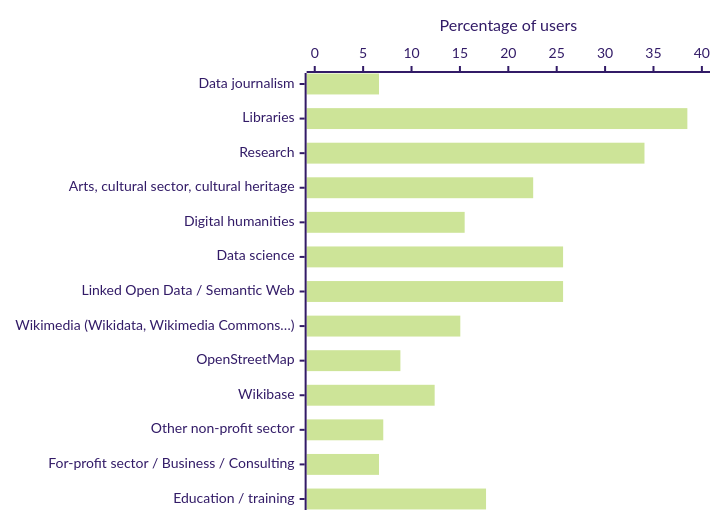
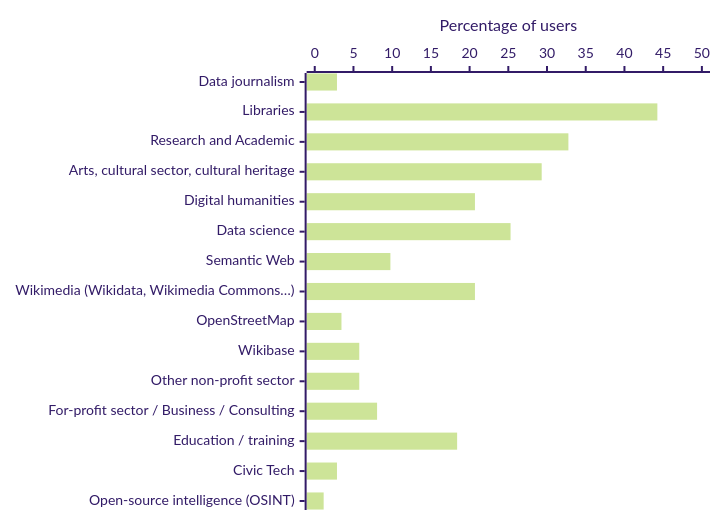
One commit to OpenRefine/openrefine.org changed the first of 3 diagrams in src/pages/usage.md. Above: the diagram before and after it, drawn with Mermaid. The commit also changed other lines of this file, not shown here.

````diff
--- a/src/pages/usage.md
+++ b/src/pages/usage.md
@@ -25,9 +25,9 @@
 ```mermaid
 %%{init: {'theme':'forest'}}%%
 xychart-beta horizontal
     x-axis  
-    ["Data journalism", "Libraries", "Research", "Arts, cultural sector, cultural heritage", "Digital humanities", "Data science", "Linked Open Data / Semantic Web", "Wikimedia (Wikidata, Wikimedia Commons…)", "OpenStreetMap", "Wikibase", "Other non-profit sector", "For-profit sector / Business / Consulting", "Education / training"]
-    y-axis "Percentage of users" 0 --> 40
+    ["Data journalism", "Libraries", "Research and Academic", "Arts, cultural sector, cultural heritage", "Digital humanities", "Data science", "Semantic Web", "Wikimedia (Wikidata, Wikimedia Commons…)", "OpenStreetMap", "Wikibase", "Other non-profit sector", "For-profit sector / Business / Consulting", "Education / training", "Civic Tech", "Open-source intelligence (OSINT)"]
+    y-axis "Percentage of users" 0 --> 50
     bar "Percentage" 
-      [6.64, 38.50, 34.07, 22.57, 15.49, 25.66, 25.66, 15.04, 8.85, 12.39, 7.08, 6.64, 17.70]
+      [2.87, 44.25, 32.76, 29.31, 20.69, 25.29, 9.77, 20.69, 3.45, 5.75, 5.75, 8.05, 18.39, 2.87, 1.15]
 ```
````
